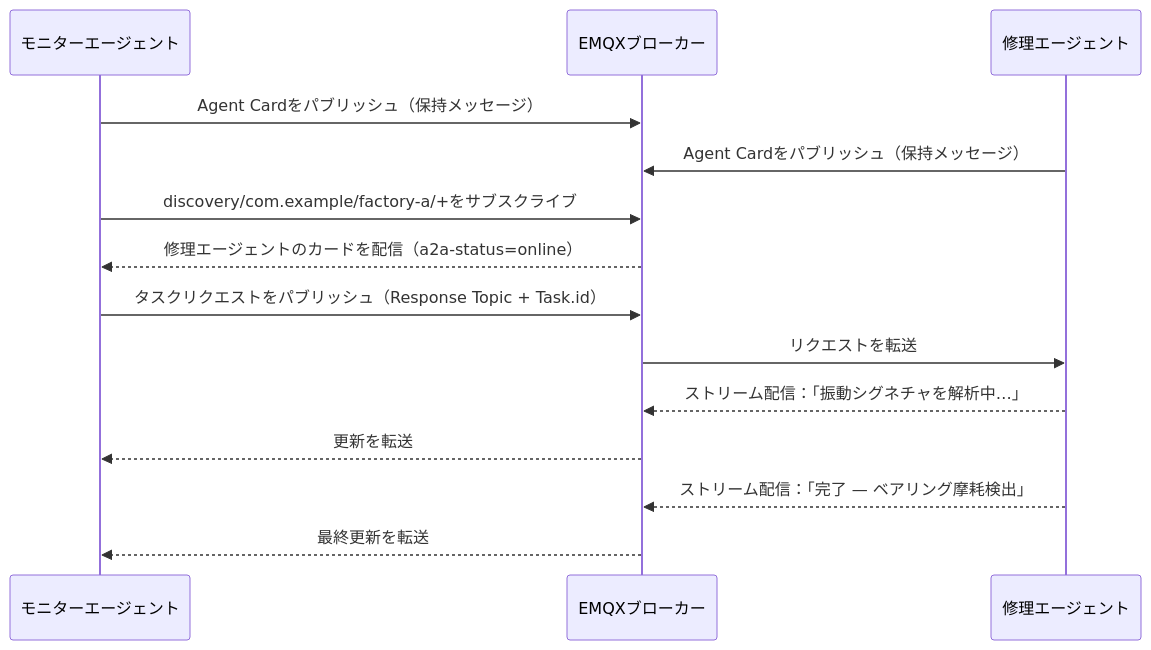
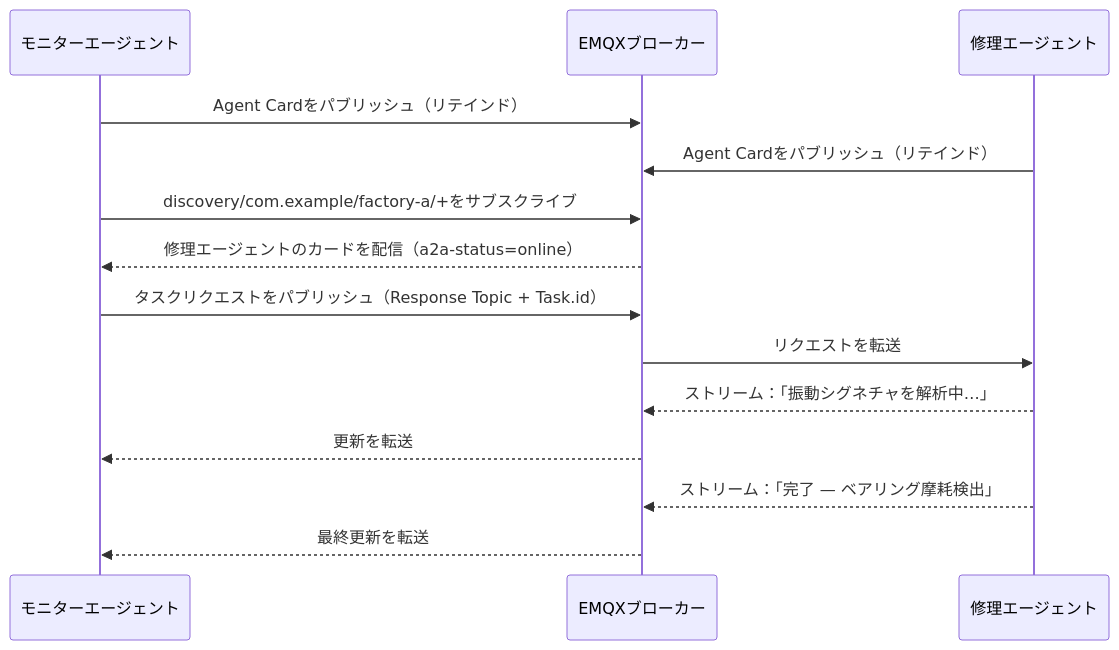
The second of 2 diagrams in ja_JP/emqx-ai/a2a-over-mqtt/architecture.md (emqx/emqx-docs), drawn with Mermaid before and after one commit. The commit also changed other lines of this file and 41 other files, not shown here.

````diff
--- a/ja_JP/emqx-ai/a2a-over-mqtt/architecture.md
+++ b/ja_JP/emqx-ai/a2a-over-mqtt/architecture.md
@@ -153,17 +153,17 @@
 ```mermaid
 sequenceDiagram
     participant M as モニターエージェント
     participant E as EMQXブローカー
     participant R as 修理エージェント
 
-    M->>E: Agent Cardをパブリッシュ（保持メッセージ）
-    R->>E: Agent Cardをパブリッシュ（保持メッセージ）
+    M->>E: Agent Cardをパブリッシュ（リテインド）
+    R->>E: Agent Cardをパブリッシュ（リテインド）
     M->>E: discovery/com.example/factory-a/+をサブスクライブ
     E-->>M: 修理エージェントのカードを配信（a2a-status=online）
     M->>E: タスクリクエストをパブリッシュ（Response Topic + Task.id）
     E->>R: リクエストを転送
-    R-->>E: ストリーム配信：「振動シグネチャを解析中…」
+    R-->>E: ストリーム：「振動シグネチャを解析中…」
     E-->>M: 更新を転送
-    R-->>E: ストリーム配信：「完了 — ベアリング摩耗検出」
+    R-->>E: ストリーム：「完了 — ベアリング摩耗検出」
     E-->>M: 最終更新を転送
 ```
````
